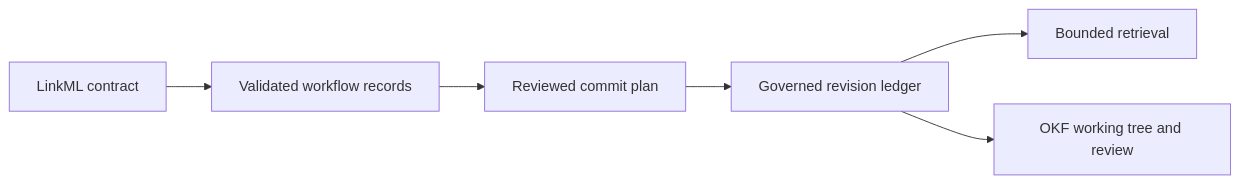
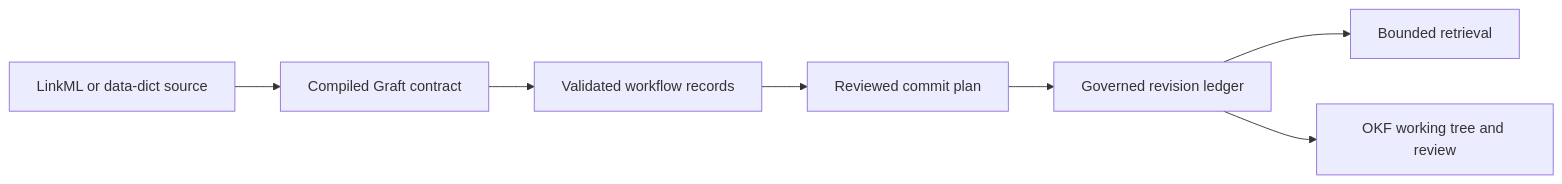
Before and after one commit to JamesHWade/graft: the diagram in design/v0.1-redesign.md, drawn with Mermaid. The commit also changed other lines of this file and 58 other files, not shown here.

First line of the commit message:
Integrate data-dict as a contract provider

````diff
--- a/design/v0.1-redesign.md
+++ b/design/v0.1-redesign.md
@@ -31,8 +33,9 @@
 ```mermaid
 flowchart LR
-    L["LinkML contract"] --> S["Validated workflow records"]
+    L["LinkML or data-dict source"] --> G["Compiled Graft contract"]
+    G --> S["Validated workflow records"]
     S --> P["Reviewed commit plan"]
     P --> R["Governed revision ledger"]
     R --> Q["Bounded retrieval"]
     R --> O["OKF working tree and review"]
 ```
````
